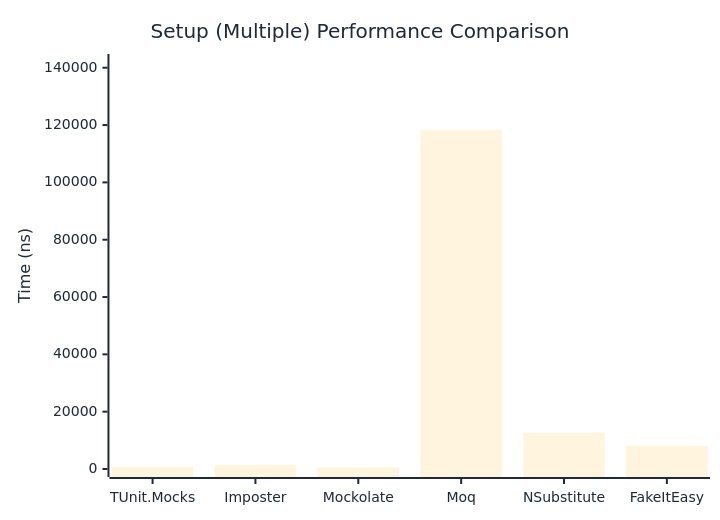
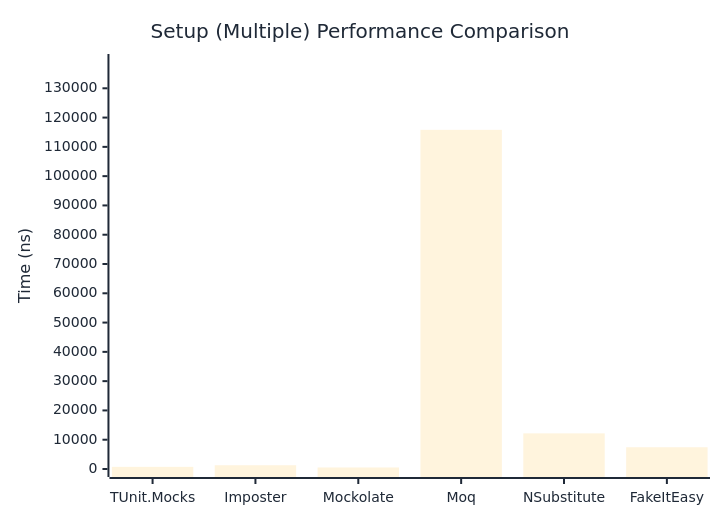
One commit to thomhurst/TUnit changed the second of 2 diagrams in docs/docs/benchmarks/mocks/Setup.md. Above: the diagram before and after it, drawn with Mermaid. The commit also changed other lines of this file and 14 other files, not shown here.

````diff
--- a/docs/docs/benchmarks/mocks/Setup.md
+++ b/docs/docs/benchmarks/mocks/Setup.md
@@ -71,27 +71,27 @@
 ```mermaid
 %%{init: {
   'theme':'base',
   'themeVariables': {
     'primaryColor': '#2563eb',
     'primaryTextColor': '#1f2937',
     'primaryBorderColor': '#1e40af',
     'lineColor': '#6b7280',
     'secondaryColor': '#7c3aed',
     'tertiaryColor': '#dc2626',
     'background': '#ffffff',
     'pie1': '#2563eb',
     'pie2': '#7c3aed',
     'pie3': '#dc2626',
     'pie4': '#f59e0b',
     'pie5': '#10b981',
     'pie6': '#06b6d4',
     'pie7': '#ec4899',
     'pie8': '#6366f1'
   }
 }}%%
 xychart-beta
   title "Setup (Multiple) Performance Comparison"
   x-axis ["TUnit.Mocks", "Imposter", "Mockolate", "Moq", "NSubstitute", "FakeItEasy"]
-  y-axis "Time (ns)" 0 --> 142003
-  bar [751.3, 1462.9, 526.4, 118335.6, 12698.8, 8060.7]
+  y-axis "Time (ns)" 0 --> 138979
+  bar [734.8, 1284.9, 521.3, 115815.6, 12172.9, 7432]
 ```
````
